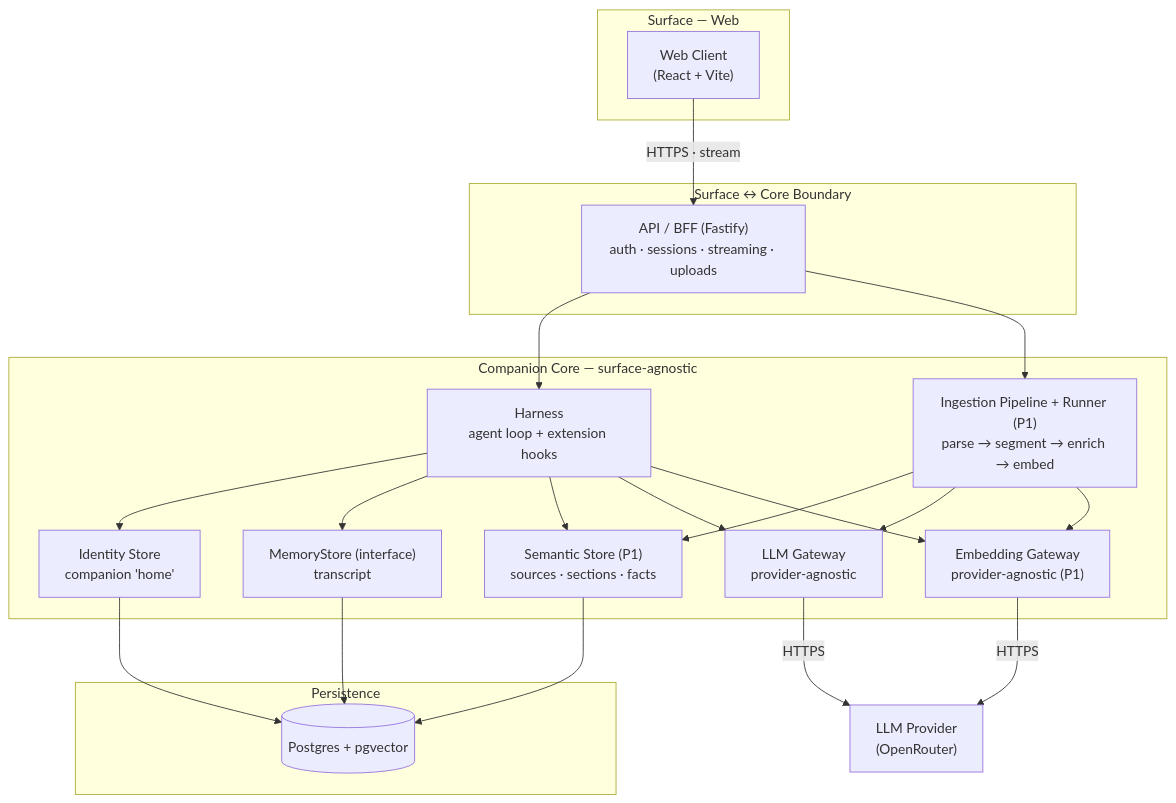
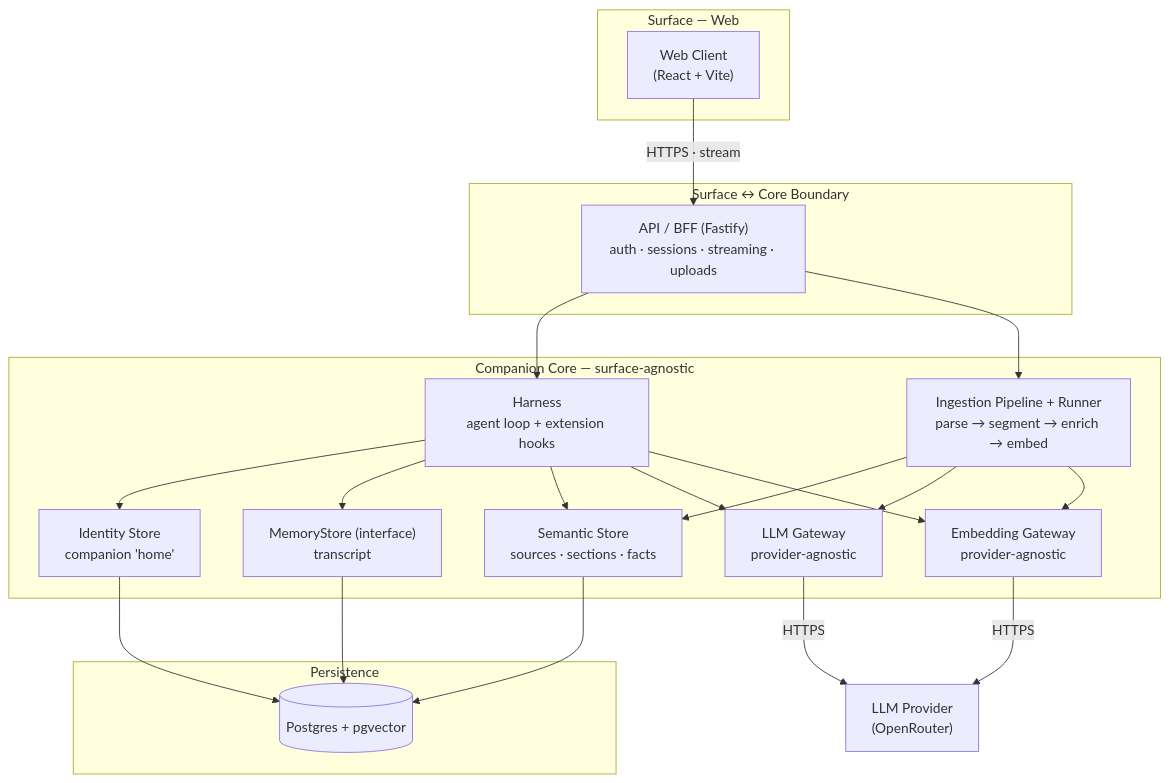
One commit to CobbleStamp/CobbleCompanion changed the first of 8 diagrams in docs/architecture.md. Above: the diagram before and after it, drawn with Mermaid. The commit also changed other lines of this file and 5 other files, not shown here.

````diff
--- a/docs/architecture.md
+++ b/docs/architecture.md
@@ -72,39 +71,39 @@
 ```mermaid
 flowchart TB
   subgraph SURFACE["Surface — Web"]
     WEB["Web Client<br/>(React + Vite)"]
   end
   subgraph BOUNDARY["Surface ↔ Core Boundary"]
     API["API / BFF (Fastify)<br/>auth · sessions · streaming · uploads"]
   end
   subgraph CORE["Companion Core — surface-agnostic"]
     H["Harness<br/>agent loop + extension hooks"]
     GW["LLM Gateway<br/>provider-agnostic"]
-    EGW["Embedding Gateway<br/>provider-agnostic (P1)"]
+    EGW["Embedding Gateway<br/>provider-agnostic"]
     MEM["MemoryStore (interface)<br/>transcript"]
-    SEM["Semantic Store (P1)<br/>sources · sections · facts"]
-    ING["Ingestion Pipeline + Runner (P1)<br/>parse → segment → enrich → embed"]
+    SEM["Semantic Store<br/>sources · sections · facts"]
+    ING["Ingestion Pipeline + Runner<br/>parse → segment → enrich → embed"]
     ID["Identity Store<br/>companion 'home'"]
   end
   subgraph DATA["Persistence"]
     PG[("Postgres + pgvector")]
   end
   LLM["LLM Provider<br/>(OpenRouter)"]
 
   WEB -->|HTTPS · stream| API
   API --> H
   API --> ING
   H --> ID
   H --> MEM
   H --> SEM
   H --> GW
   H --> EGW
   ING --> SEM
   ING --> GW
   ING --> EGW
   GW -->|HTTPS| LLM
   EGW -->|HTTPS| LLM
   MEM --> PG
   SEM --> PG
   ID --> PG
 ```
````
